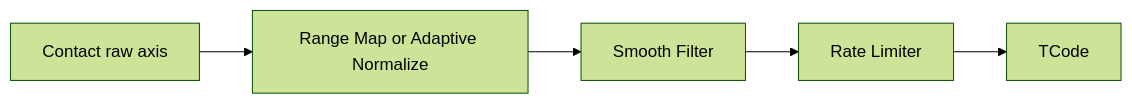
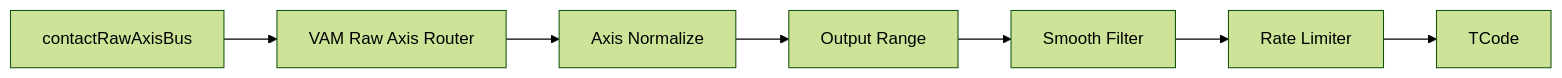
Before and after one commit to FrogThe2nd/f8studio: the second of 3 diagrams in docs/scenarios/vam-female-female-motion.md, drawn with Mermaid (forest theme). The commit also changed other lines of this file and 3 other files, not shown here.

Commit message:
Unify VAM branch output rack docs

````diff
--- a/docs/scenarios/vam-female-female-motion.md
+++ b/docs/scenarios/vam-female-female-motion.md
@@ -1285,7 +1298,9 @@
 ```mermaid
 flowchart LR
-    Raw["Contact raw axis"] --> Norm["Range Map or Adaptive Normalize"]
-    Norm --> Smooth["Smooth Filter"]
+    Bus["contactRawAxisBus"] --> Router["VAM Raw Axis Router"]
+    Router --> Norm["Axis Normalize"]
+    Norm --> Range["Output Range"]
+    Range --> Smooth["Smooth Filter"]
     Smooth --> Limit["Rate Limiter"]
     Limit --> TCode["TCode"]
 ```
````
